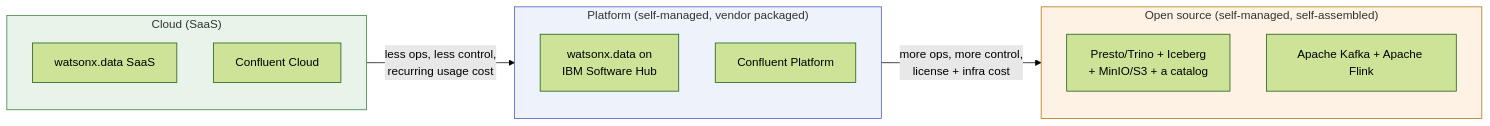
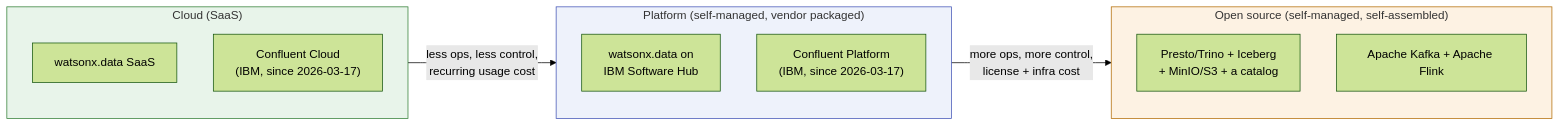
Before and after one commit to aseelert/ibmas-watsonxdata-dbt: the diagram in docs/demo/enterprise/cloud-platform-opensource.md, drawn with Mermaid (forest theme). The commit also changed other lines of this file and 3 other files, not shown here.

First line of the commit message:
Correct docs: Confluent is now an IBM subsidiary, not independent

````diff
--- a/docs/demo/enterprise/cloud-platform-opensource.md
+++ b/docs/demo/enterprise/cloud-platform-opensource.md
@@ -36,22 +36,22 @@
 ```mermaid
 flowchart LR
     subgraph Cloud["Cloud (SaaS)"]
         C1["watsonx.data SaaS"]
-        C2["Confluent Cloud"]
+        C2["Confluent Cloud\n(IBM, since 2026-03-17)"]
     end
     subgraph Platform["Platform (self-managed, vendor packaged)"]
         P1["watsonx.data on\nIBM Software Hub"]
-        P2["Confluent Platform"]
+        P2["Confluent Platform\n(IBM, since 2026-03-17)"]
     end
     subgraph OSS["Open source (self-managed, self-assembled)"]
         O1["Presto/Trino + Iceberg\n+ MinIO/S3 + a catalog"]
         O2["Apache Kafka + Apache Flink"]
     end
 
     Cloud -- "less ops, less control,\nrecurring usage cost" --> Platform
     Platform -- "more ops, more control,\nlicense + infra cost" --> OSS
 
     style Cloud fill:#e8f4ea,stroke:#2e7d32
     style Platform fill:#eef2fb,stroke:#3f51b5
     style OSS fill:#fdf2e3,stroke:#b26a00
 ```
````
